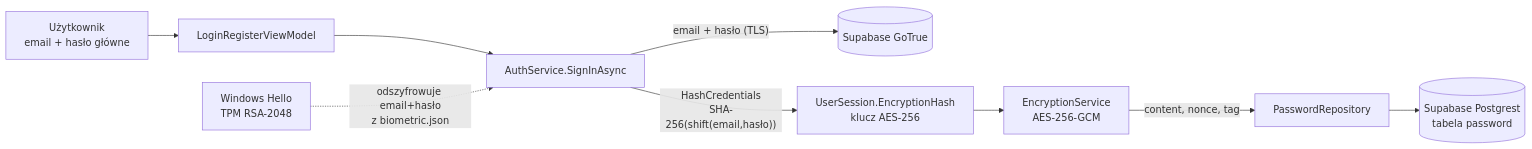
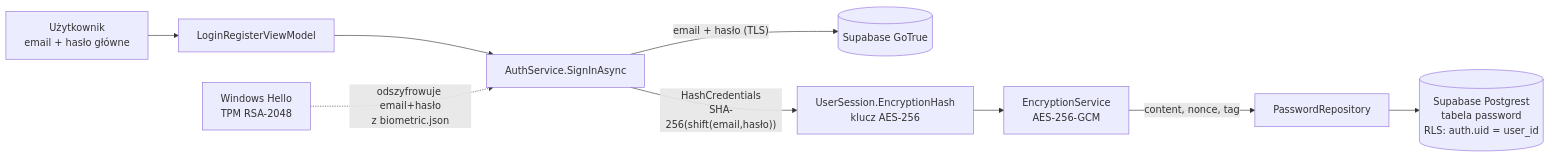
Before and after one commit to henick408/PasswordManager: the first of 2 diagrams in docs/security-analysis.md, drawn with Mermaid. The commit also changed other lines of this file and 2 other files, not shown here.

````diff
--- a/docs/security-analysis.md
+++ b/docs/security-analysis.md
@@ -34,11 +36,11 @@
 ```mermaid
 flowchart LR
     U[Użytkownik<br/>email + hasło główne] --> L[LoginRegisterViewModel]
     L --> A[AuthService.SignInAsync]
     A -- "email + hasło (TLS)" --> S[(Supabase GoTrue)]
     A -- "HashCredentials<br/>SHA-256(shift(email,hasło))" --> K[UserSession.EncryptionHash<br/>klucz AES-256]
     K --> E[EncryptionService<br/>AES-256-GCM]
     E -- "content, nonce, tag" --> R[PasswordRepository]
-    R --> DB[(Supabase Postgrest<br/>tabela password)]
+    R --> DB[(Supabase Postgrest<br/>tabela password<br/>RLS: auth.uid = user_id)]
     H[Windows Hello<br/>TPM RSA-2048] -. "odszyfrowuje email+hasło<br/>z biometric.json" .-> A
 ```
````
